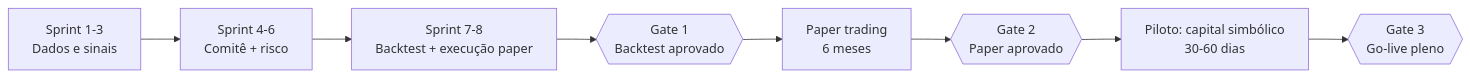
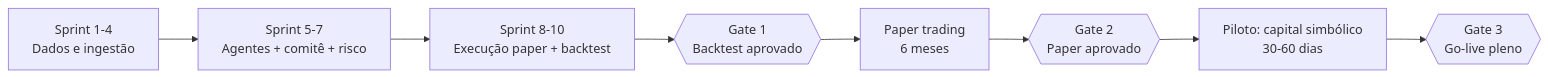
Before and after one commit to pegoraroLenzi/autosearch-apk: the diagram in IMPLEMENTACAO-VALIDACAO-GOLIVE.md, drawn with Mermaid. The commit also changed other lines of this file and 1 other file, not shown here.

First line of the commit message:
Define ponto 7: re-sequenciamento dados-primeiro e infra pública

````diff
--- a/IMPLEMENTACAO-VALIDACAO-GOLIVE.md
+++ b/IMPLEMENTACAO-VALIDACAO-GOLIVE.md
@@ -15,10 +15,10 @@
 ```mermaid
 flowchart LR
-    S1[Sprint 1-3<br/>Dados e sinais] --> S2[Sprint 4-6<br/>Comitê + risco]
-    S2 --> S3[Sprint 7-8<br/>Backtest + execução paper]
+    S1[Sprint 1-4<br/>Dados e ingestão] --> S2[Sprint 5-7<br/>Agentes + comitê + risco]
+    S2 --> S3[Sprint 8-10<br/>Execução paper + backtest]
     S3 --> G1{{Gate 1<br/>Backtest aprovado}}
     G1 --> PT[Paper trading<br/>6 meses]
     PT --> G2{{Gate 2<br/>Paper aprovado}}
     G2 --> PILOT[Piloto: capital simbólico<br/>30-60 dias]
     PILOT --> G3{{Gate 3<br/>Go-live pleno}}
 ```
````
